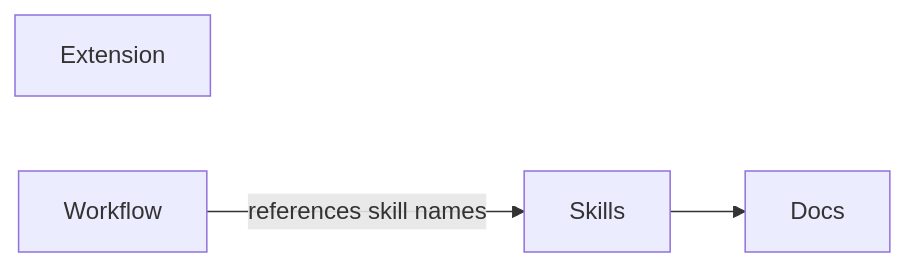
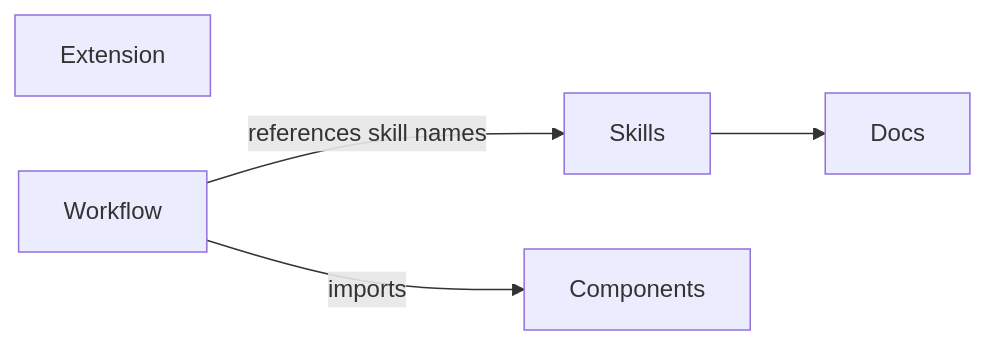
The first of 2 diagrams in codemap.md (alennartz/my-pi), drawn with Mermaid before and after one commit. The commit also changed other lines of this file and 4 other files, not shown here.

````diff
--- a/codemap.md
+++ b/codemap.md
@@ -7,6 +7,8 @@
 ```mermaid
 graph LR
   Skills --> Docs
   Extension
   Workflow -->|references skill names| Skills
+  Workflow -->|imports| Components
+  Components
 ```
````
